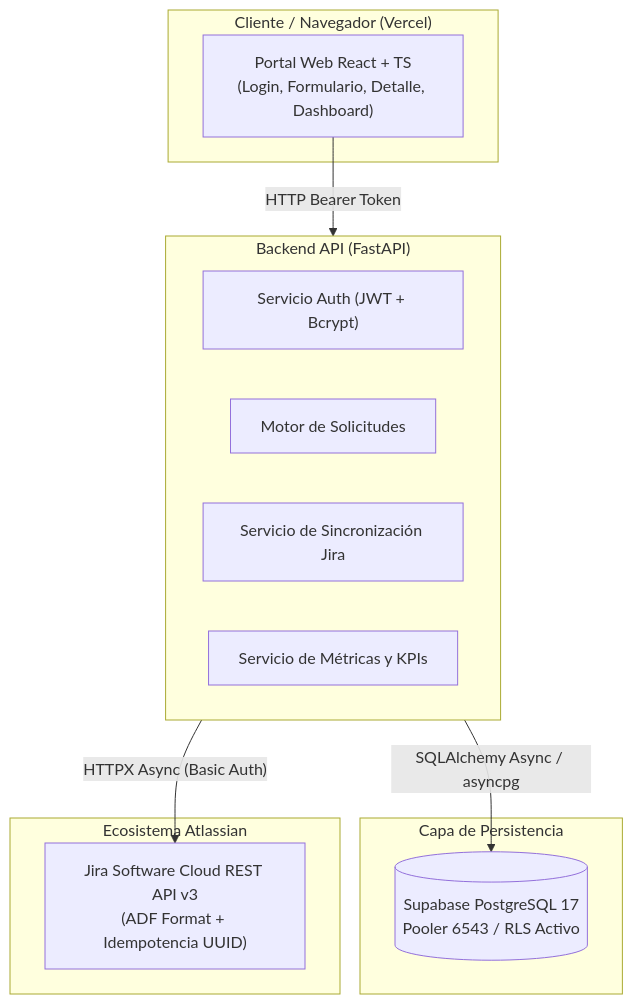
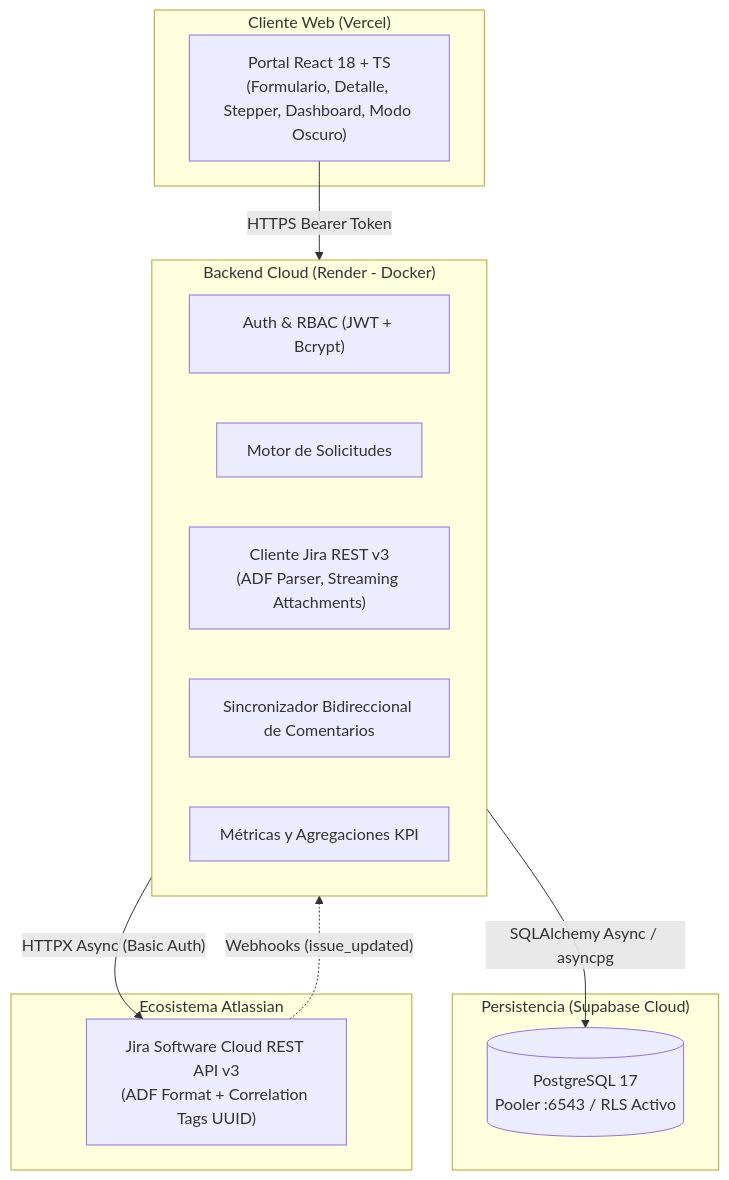
One commit to ilhamelin/jira-portal-solicitudes changed the diagram in README.md. Above: the diagram before and after it, drawn with Mermaid. The commit also changed other lines of this file, not shown here.

Commit message:
docs: update README with production deployment links, badges and architecture

````diff
--- a/README.md
+++ b/README.md
@@ -18,25 +33,27 @@
 ```mermaid
 flowchart TD
-    subgraph Client["Cliente / Navegador (Vercel)"]
-        UI["Portal Web React + TS\n(Login, Formulario, Detalle, Dashboard)"]
+    subgraph Client["Cliente Web (Vercel)"]
+        UI["Portal React 18 + TS\n(Formulario, Detalle, Stepper, Dashboard, Modo Oscuro)"]
     end
 
-    subgraph BackendAPI["Backend API (FastAPI)"]
-        Auth["Servicio Auth (JWT + Bcrypt)"]
+    subgraph BackendAPI["Backend Cloud (Render - Docker)"]
+        Auth["Auth & RBAC (JWT + Bcrypt)"]
         ReqService["Motor de Solicitudes"]
-        SyncService["Servicio de Sincronización Jira"]
-        DashService["Servicio de Métricas y KPIs"]
+        JiraClient["Cliente Jira REST v3\n(ADF Parser, Streaming Attachments)"]
+        CommentService["Sincronizador Bidireccional de Comentarios"]
+        DashService["Métricas y Agregaciones KPI"]
     end
 
-    subgraph DataLayer["Capa de Persistencia"]
-        DB[(Supabase PostgreSQL 17\nPooler 6543 / RLS Activo)]
+    subgraph DataLayer["Persistencia (Supabase Cloud)"]
+        DB[(PostgreSQL 17\nPooler :6543 / RLS Activo)]
     end
 
     subgraph External["Ecosistema Atlassian"]
-        Jira["Jira Software Cloud REST API v3\n(ADF Format + Idempotencia UUID)"]
+        Jira["Jira Software Cloud REST API v3\n(ADF Format + Correlation Tags UUID)"]
     end
 
-    UI -->|"HTTP Bearer Token"| BackendAPI
+    UI -->|"HTTPS Bearer Token"| BackendAPI
     BackendAPI -->|"SQLAlchemy Async / asyncpg"| DB
     BackendAPI -->|"HTTPX Async (Basic Auth)"| Jira
+    Jira -.->|"Webhooks (issue_updated)"| BackendAPI
 ```
````
